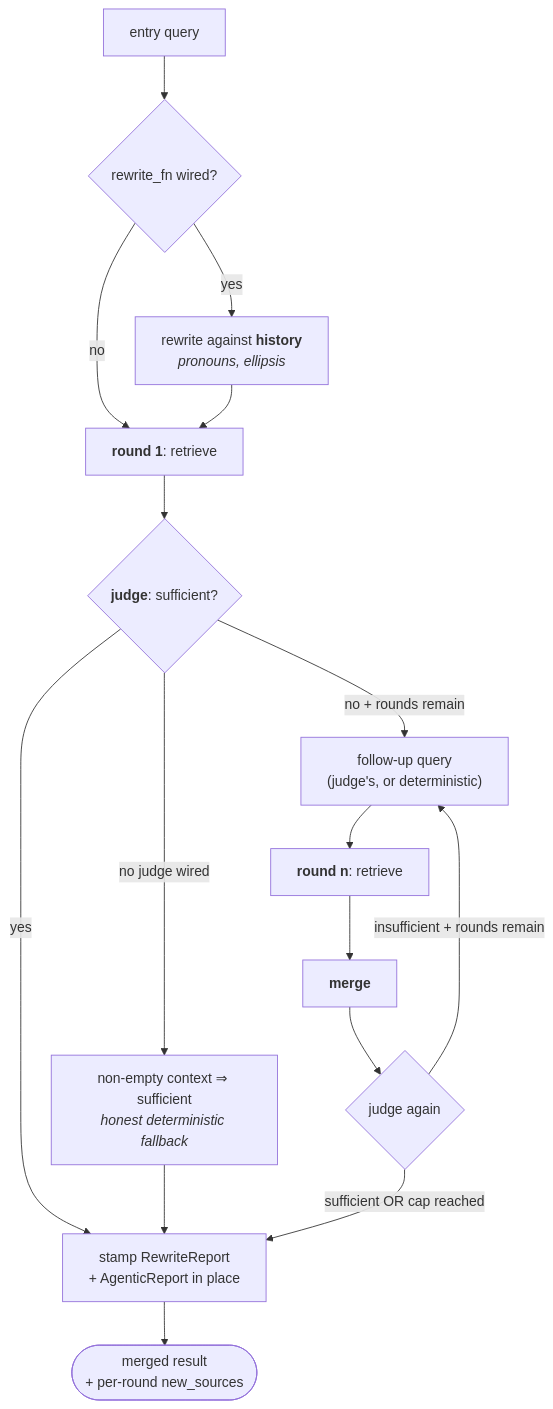
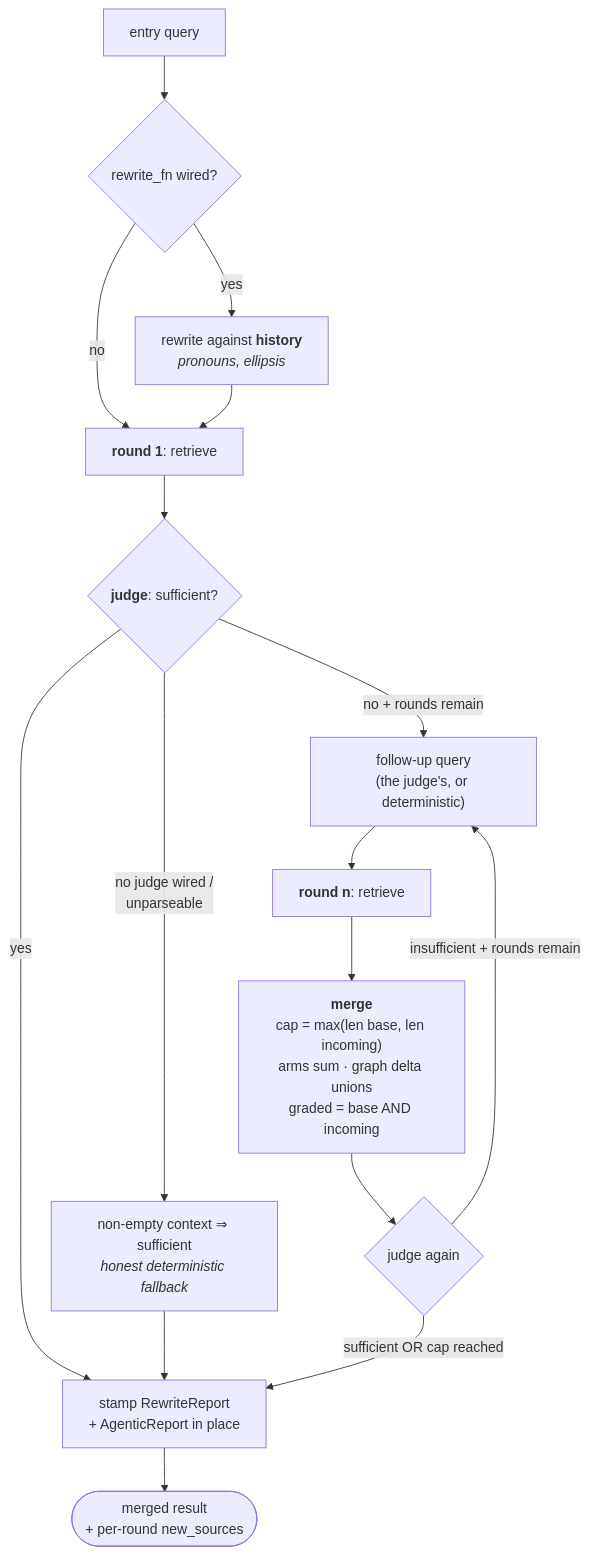
One commit to yrevash/aegis changed the fourth of 5 diagrams in docs/teaching/retrieval/40-diagrams.md. Above: the diagram before and after it, drawn with Mermaid. The commit also changed other lines of this file and 111 other files, not shown here.

````diff
--- a/docs/teaching/retrieval/40-diagrams.md
+++ b/docs/teaching/retrieval/40-diagrams.md
@@ -163,21 +121,21 @@
 ```mermaid
 flowchart TB
     Q["entry query"] --> RW{"rewrite_fn wired?"}
     RW -->|yes| RWC["rewrite against <b>history</b><br/><i>pronouns, ellipsis</i>"]
     RW -->|no| R1
     RWC --> R1["<b>round 1</b>: retrieve"]
 
     R1 --> J1{"<b>judge</b>: sufficient?"}
     J1 -->|"yes"| STAMP
-    J1 -->|"no judge wired"| DET["non-empty context ⇒ sufficient<br/><i>honest deterministic fallback</i>"]
+    J1 -->|"no judge wired /<br/>unparseable"| DET["non-empty context ⇒ sufficient<br/><i>honest deterministic fallback</i>"]
     DET --> STAMP
-    J1 -->|"no + rounds remain"| FU["follow-up query<br/>(judge's, or deterministic)"]
+    J1 -->|"no + rounds remain"| FU["follow-up query<br/>(the judge's, or deterministic)"]
 
     FU --> R2["<b>round n</b>: retrieve"]
-    R2 --> MG["<b>merge</b>"]
+    R2 --> MG["<b>merge</b><br/>cap = max(len base, len incoming)<br/>arms sum · graph delta unions<br/>graded = base AND incoming"]
     MG --> J2{"judge again"}
     J2 -->|"sufficient OR cap reached"| STAMP["stamp RewriteReport<br/>+ AgenticReport in place"]
     J2 -->|"insufficient + rounds remain"| FU
 
     STAMP --> OUT([merged result<br/>+ per-round new_sources])
 ```
````
